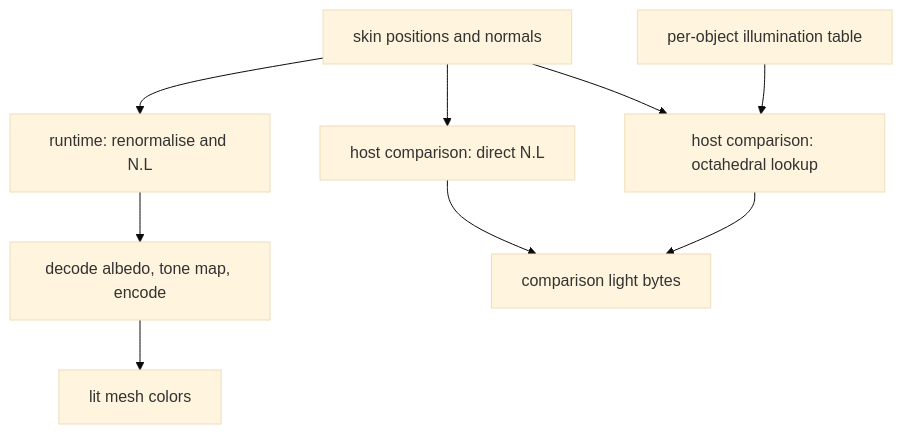
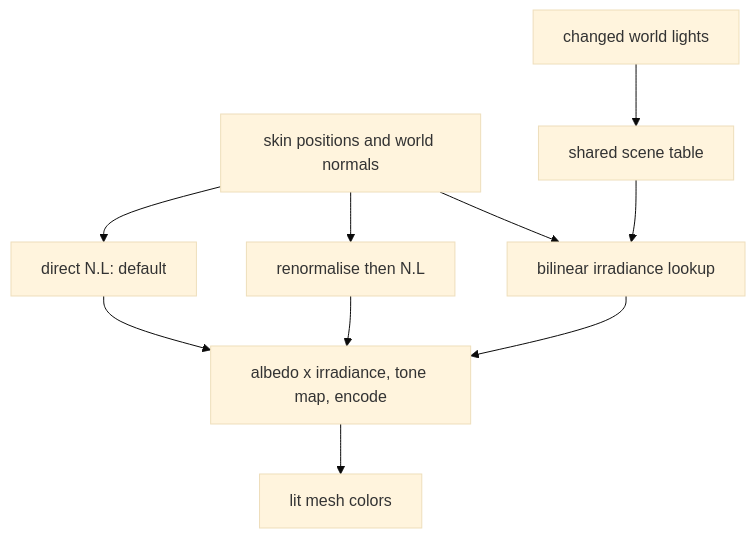
Before and after one commit to jose-villegas/autana: the diagram in docs/render/Skinned-Lighting.md, drawn with Mermaid (base theme). The commit also changed other lines of this file and 17 other files, not shown here.

Commit message:
render: add per-renderer skin lighting modes

````diff
--- a/docs/render/Skinned-Lighting.md
+++ b/docs/render/Skinned-Lighting.md
@@ -7,11 +7,12 @@
 ```mermaid
 flowchart TB
-    Skin["skin positions and normals"] --> Runtime["runtime: renormalise and N.L"]
-    Runtime --> Transfer["decode albedo, tone map, encode"]
+    Skin["skin positions and world normals"] --> Direct["direct N.L: default"]
+    Skin --> Renormalised["renormalise then N.L"]
+    Skin --> Table["bilinear irradiance lookup"]
+    Lights["changed world lights"] --> Build["shared scene table"]
+    Build --> Table
+    Direct --> Transfer["albedo x irradiance, tone map, encode"]
+    Renormalised --> Transfer
+    Table --> Transfer
     Transfer --> Mesh["lit mesh colors"]
-    Skin --> Direct["host comparison: direct N.L"]
-    Skin --> Oct["host comparison: octahedral lookup"]
-    Build["per-object illumination table"] --> Oct
-    Direct --> Out["comparison light bytes"]
-    Oct --> Out
 ```
````
